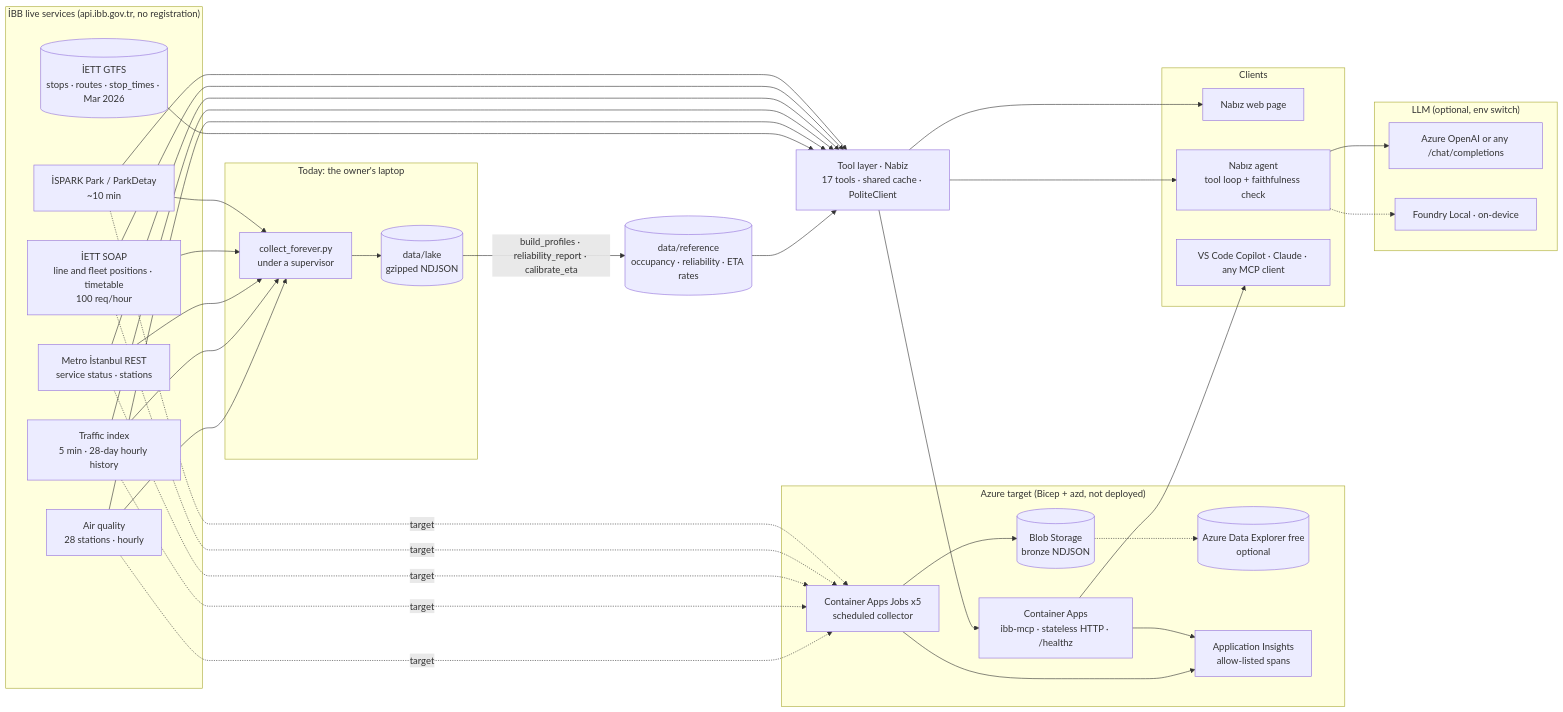
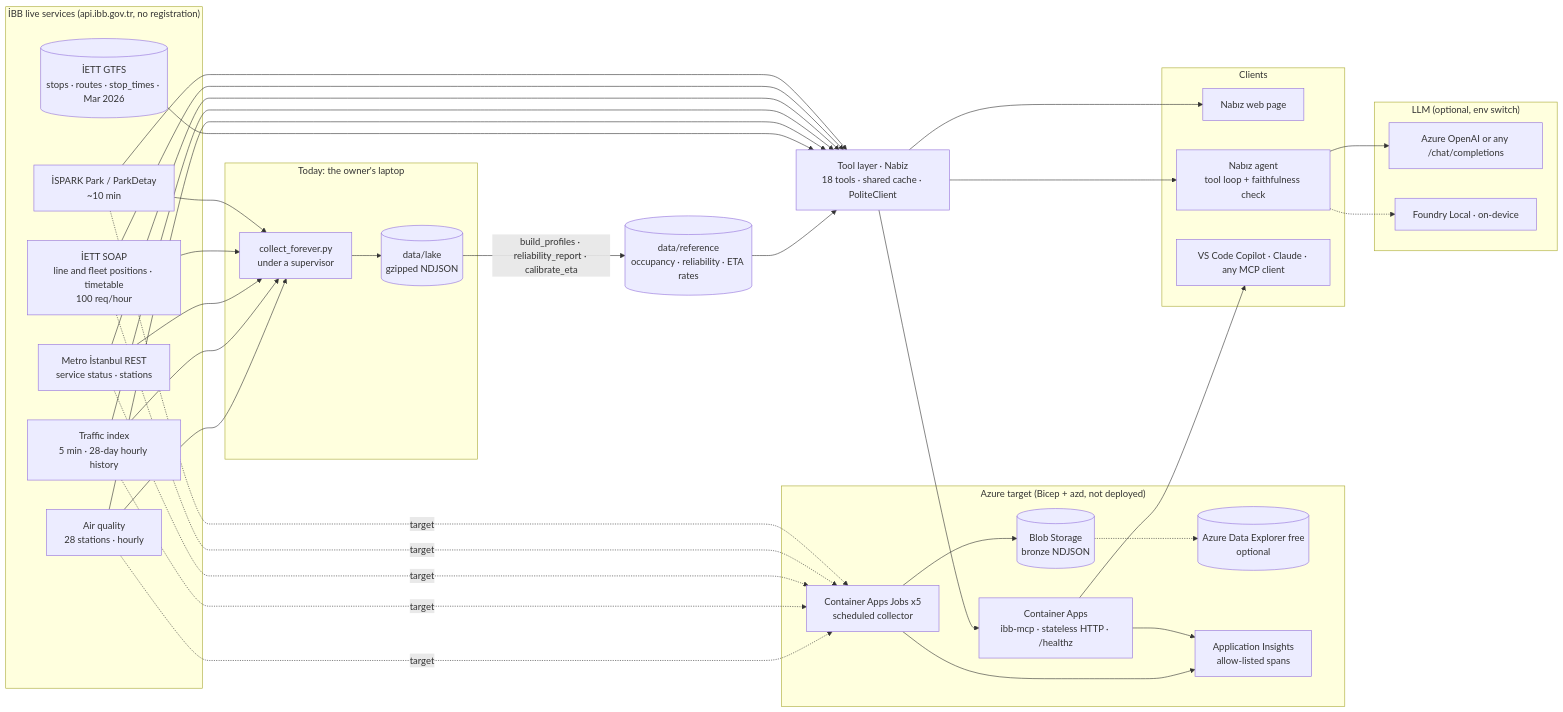
The diagram in README.md (muratcan-ates/istanbul-nabiz), drawn with Mermaid before and after one commit. The commit also changed other lines of this file and 19 other files, not shown here.

````diff
--- a/README.md
+++ b/README.md
@@ -103,45 +104,45 @@
 ```mermaid
 flowchart LR
   subgraph IBB["İBB live services (api.ibb.gov.tr, no registration)"]
     P[İSPARK Park / ParkDetay<br/>~10 min]
     B[İETT SOAP<br/>line and fleet positions · timetable<br/>100 req/hour]
     G[(İETT GTFS<br/>stops · routes · stop_times · Mar 2026)]
     M[Metro İstanbul REST<br/>service status · stations]
     T[Traffic index<br/>5 min · 28-day hourly history]
     AQ[Air quality<br/>28 stations · hourly]
   end
   subgraph NOW["Today: the owner's laptop"]
     LC[collect_forever.py<br/>under a supervisor]
     LL[(data/lake<br/>gzipped NDJSON)]
   end
   subgraph AZ["Azure target (Bicep + azd, not deployed)"]
     J[Container Apps Jobs x5<br/>scheduled collector]
     BL[(Blob Storage<br/>bronze NDJSON)]
     K[(Azure Data Explorer free<br/>optional)]
     MCP[Container Apps<br/>ibb-mcp · stateless HTTP · /healthz]
     AI[Application Insights<br/>allow-listed spans]
   end
   REF[(data/reference<br/>occupancy · reliability · ETA rates)]
-  TL[Tool layer · Nabiz<br/>17 tools · shared cache · PoliteClient]
+  TL[Tool layer · Nabiz<br/>18 tools · shared cache · PoliteClient]
   subgraph CL["Clients"]
     WEB[Nabız web page]
     AG[Nabız agent<br/>tool loop + faithfulness check]
     VS[VS Code Copilot · Claude · any MCP client]
   end
   subgraph LLM["LLM (optional, env switch)"]
     AO[Azure OpenAI or any /chat/completions]
     FL[Foundry Local · on-device]
   end
   P & B & M & T & AQ --> LC --> LL
   P & B & M & T & AQ -. target .-> J --> BL -.-> K
   LL -->|build_profiles · reliability_report · calibrate_eta| REF
   P & B & M & T & AQ --> TL
   G --> TL
   REF --> TL
   TL --> MCP --> VS
   TL --> WEB
   TL --> AG
   AG --> AO
   AG -.-> FL
   MCP & J --> AI
 ```
````
